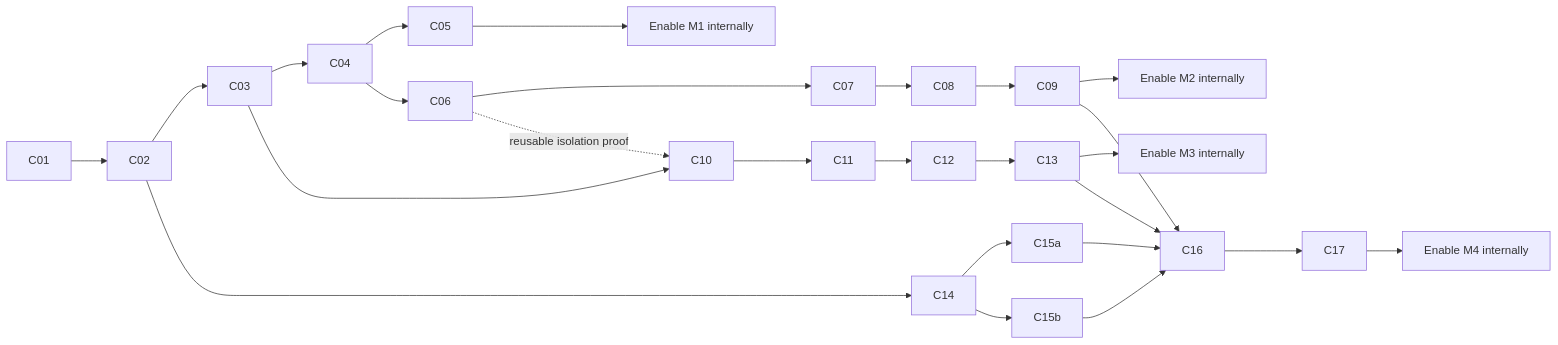
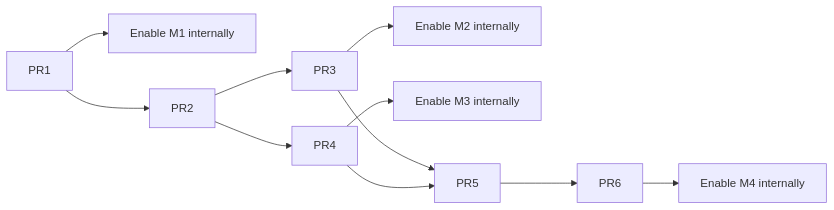
Before and after one commit to HamedMP/matrix-os: the diagram in specs/121-collaboration-session-sharing/delivery-plan.md, drawn with Mermaid. The commit also changed other lines of this file and 6 other files, not shown here.

````diff
--- a/specs/121-collaboration-session-sharing/delivery-plan.md
+++ b/specs/121-collaboration-session-sharing/delivery-plan.md
@@ -23,15 +25,8 @@
 ```mermaid
 flowchart LR
-  C01 --> C02 --> C03 --> C04 --> C05
-  C05 --> M1[Enable M1 internally]
-  C04 --> C06 --> C07 --> C08 --> C09
-  C09 --> M2[Enable M2 internally]
-  C03 --> C10 --> C11 --> C12 --> C13
-  C06 -. reusable isolation proof .-> C10
-  C13 --> M3[Enable M3 internally]
-  C02 --> C14 --> C15a --> C16
-  C14 --> C15b --> C16
-  C09 --> C16
-  C13 --> C16
-  C16 --> C17 --> M4[Enable M4 internally]
+  PR1 --> M1[Enable M1 internally]
+  PR1 --> PR2 --> PR3 --> M2[Enable M2 internally]
+  PR2 --> PR4 --> M3[Enable M3 internally]
+  PR3 --> PR5
+  PR4 --> PR5 --> PR6 --> M4[Enable M4 internally]
 ```
````
